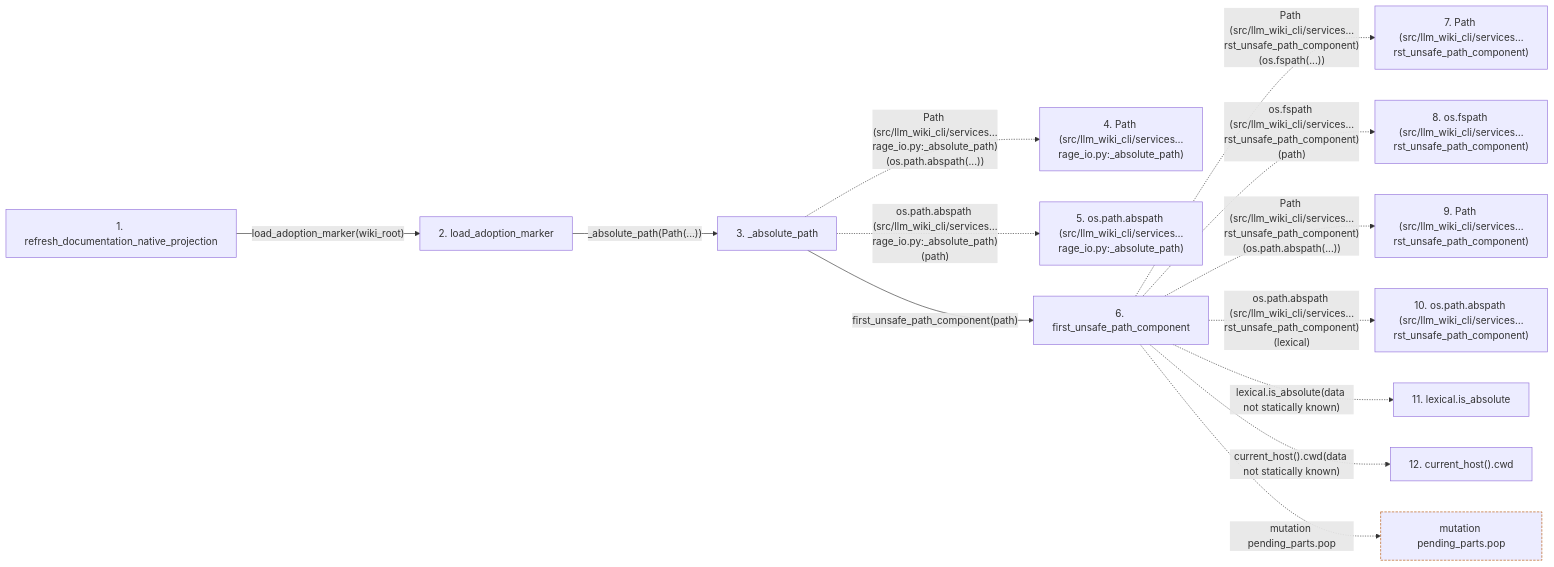
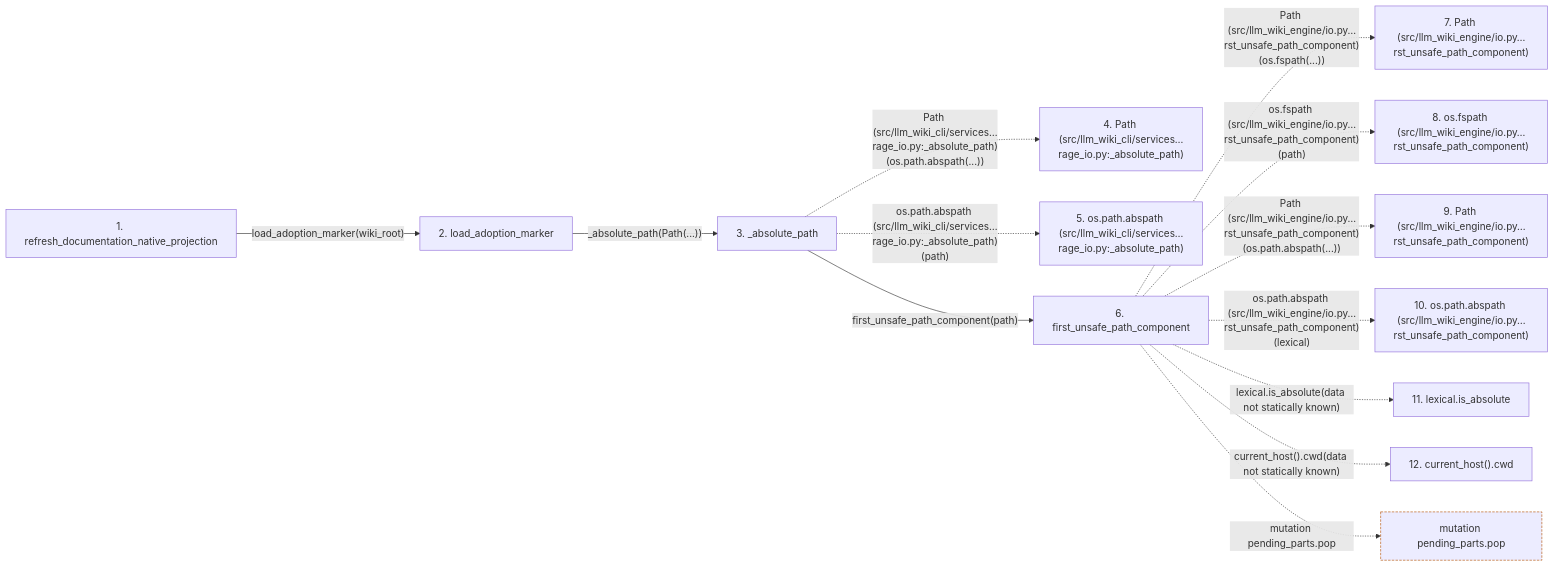
One commit to Denissvgn/python-wiki-llm changed the second of 2 diagrams in docs/llm_wiki/flows/api-refresh_documentation_native_projection.md. Above: the diagram before and after it, drawn with Mermaid. The commit also changed other lines of this file and 739 other files, not shown here.

First line of the commit message:
docs: refresh the wiki for the second engine batch

````diff
--- a/docs/llm_wiki/flows/api-refresh_documentation_native_projection.md
+++ b/docs/llm_wiki/flows/api-refresh_documentation_native_projection.md
@@ -212,34 +212,34 @@
 ```mermaid
 flowchart LR
     s1["1. refresh_documentation_native_projection"]
     s2["2. load_adoption_marker"]
     s3["3. _absolute_path"]
     s4["4. Path (src/llm_wiki_cli/services…rage_io.py:_absolute_path)"]
     s5["5. os.path.abspath (src/llm_wiki_cli/services…rage_io.py:_absolute_path)"]
     s6["6. first_unsafe_path_component"]
-    s7["7. Path (src/llm_wiki_cli/services…rst_unsafe_path_component)"]
-    s8["8. os.fspath (src/llm_wiki_cli/services…rst_unsafe_path_component)"]
-    s9["9. Path (src/llm_wiki_cli/services…rst_unsafe_path_component)"]
-    s10["10. os.path.abspath (src/llm_wiki_cli/services…rst_unsafe_path_component)"]
+    s7["7. Path (src/llm_wiki_engine/io.py…rst_unsafe_path_component)"]
+    s8["8. os.fspath (src/llm_wiki_engine/io.py…rst_unsafe_path_component)"]
+    s9["9. Path (src/llm_wiki_engine/io.py…rst_unsafe_path_component)"]
+    s10["10. os.path.abspath (src/llm_wiki_engine/io.py…rst_unsafe_path_component)"]
     s11["11. lexical.is_absolute"]
     s12["12. current_host().cwd"]
     s1 -->|"load_adoption_marker(wiki_root)"| s2
     s2 -->|"_absolute_path(Path(...))"| s3
     s3 -. "Path (src/llm_wiki_cli/services…rage_io.py:_absolute_path)(os.path.abspath(...))" .-> s4
     s3 -. "os.path.abspath (src/llm_wiki_cli/services…rage_io.py:_absolute_path)(path)" .-> s5
     s3 -->|"first_unsafe_path_component(path)"| s6
-    s6 -. "Path (src/llm_wiki_cli/services…rst_unsafe_path_component)(os.fspath(...))" .-> s7
-    s6 -. "os.fspath (src/llm_wiki_cli/services…rst_unsafe_path_component)(path)" .-> s8
-    s6 -. "Path (src/llm_wiki_cli/services…rst_unsafe_path_component)(os.path.abspath(...))" .-> s9
-    s6 -. "os.path.abspath (src/llm_wiki_cli/services…rst_unsafe_path_component)(lexical)" .-> s10
+    s6 -. "Path (src/llm_wiki_engine/io.py…rst_unsafe_path_component)(os.fspath(...))" .-> s7
+    s6 -. "os.fspath (src/llm_wiki_engine/io.py…rst_unsafe_path_component)(path)" .-> s8
+    s6 -. "Path (src/llm_wiki_engine/io.py…rst_unsafe_path_component)(os.path.abspath(...))" .-> s9
+    s6 -. "os.path.abspath (src/llm_wiki_engine/io.py…rst_unsafe_path_component)(lexical)" .-> s10
     s6 -. "lexical.is_absolute(data not statically known)" .-> s11
     s6 -. "current_host().cwd(data not statically known)" .-> s12
     b0["mutation pending_parts.pop"]
     s6 -. "mutation pending_parts.pop" .-> b0
     click s1 "../modules/documentation_native.md"
     click s2 "../modules/maintenance_protocol.md"
     click s3 "../modules/knowledge_storage_io.md"
     click s6 "../modules/io.md"
     classDef boundary stroke:#b45309,stroke-dasharray: 4 2
     class b0 boundary
 ```
````
